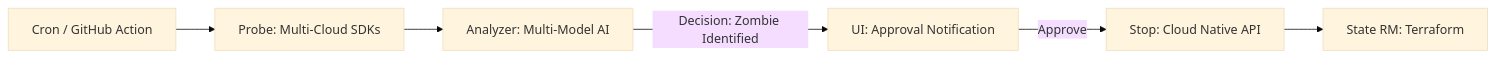
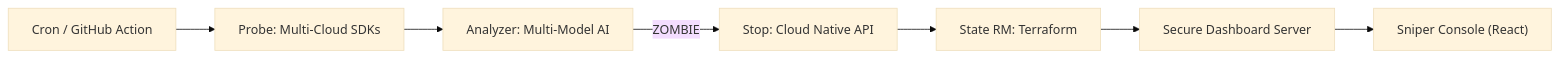
Before and after one commit to daretechie/cloudcull: the diagram in README.md, drawn with Mermaid (base theme). The commit also changed other lines of this file and 3 other files, not shown here.

Commit message:
docs: Comprehensive audit and update of all guides for secure architecture

````diff
--- a/README.md
+++ b/README.md
@@ -34,8 +32,9 @@
 ```mermaid
 graph LR
     Trigger["Cron / GitHub Action"] --> Probe["Probe: Multi-Cloud SDKs"]
     Probe --> Analyzer["Analyzer: Multi-Model AI"]
-    Analyzer -- "Decision: Zombie Identified" --> UI["UI: Approval Notification"]
-    UI -- "Approve" --> Stop["Stop: Cloud Native API"]
+    Analyzer -- "ZOMBIE" --> Stop["Stop: Cloud Native API"]
     Stop --> StateRM["State RM: Terraform"]
+    StateRM --> Srv["Secure Dashboard Server"]
+    Srv --> Console["Sniper Console (React)"]
 ```
````
